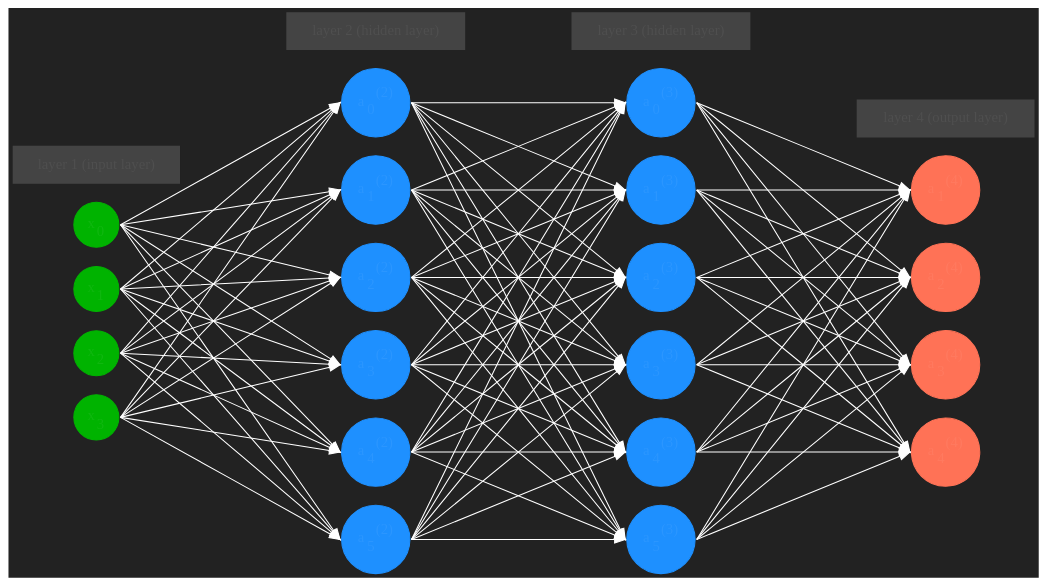
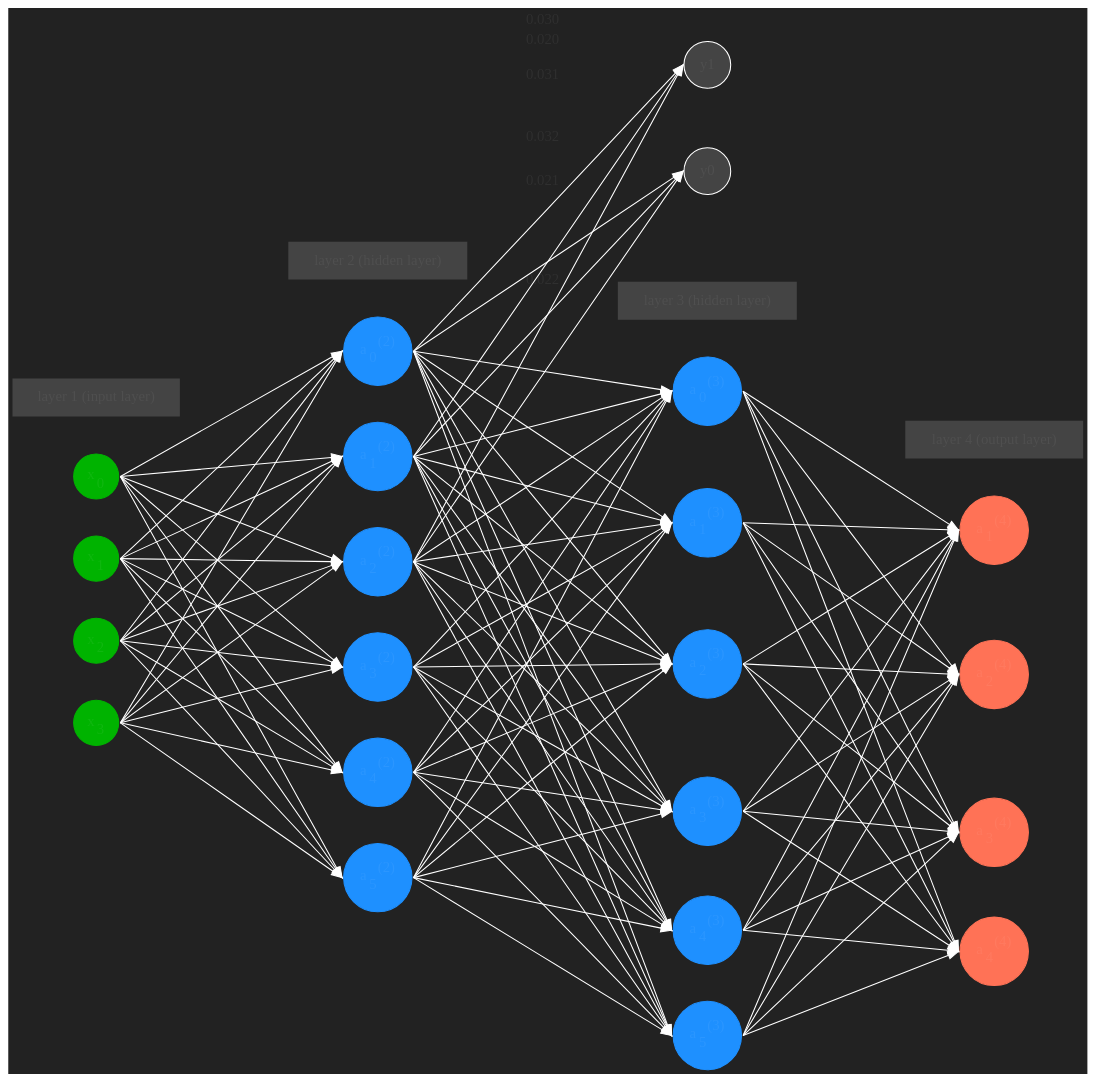
Before and after one commit to fjz345/zaoai: the diagram in test.dot, drawn with Graphviz. The commit also changed 4 other files, not shown here.

Commit message:
Using format!() for graphviz

```diff
--- a/test.dot
+++ b/test.dot
@@ -1,77 +1,86 @@
 digraph NNGraph {
     bgcolor="#222222"
     node [style=filled, fillcolor="#444444", fontcolor="#FFFFFFF", color = "#FFFFFF", shape="circle"]
     edge [fontcolor="#FFFFFFF", color = "#FFFFFF"]
     graph [fontcolor="#FFFFFFF", color = "#FFFFFF"]
 
     rankdir = LR;
     splines=false;
     edge[style=invis];
     ranksep= 1.4;
     {
         node [shape=circle, color="#ffcc00", style=filled, fillcolor="#ffcc00"];
     }
     {
         node [shape=circle, color="#00b300", style=filled, fillcolor="#00b300"];
         x0 [label=<x<sub>0</sub>>];
         x1 [label=<x<sub>1</sub>>];
         x2 [label=<x<sub>2</sub>>]; 
         x3 [label=<x<sub>3</sub>>];
     }
     {
         node [shape=circle, color=dodgerblue, style=filled, fillcolor=dodgerblue];
         a02 [label=<a<sub>0</sub><sup>(2)</sup>>];
         a12 [label=<a<sub>1</sub><sup>(2)</sup>>];
         a22 [label=<a<sub>2</sub><sup>(2)</sup>>];
         a32 [label=<a<sub>3</sub><sup>(2)</sup>>];
         a42 [label=<a<sub>4</sub><sup>(2)</sup>>];
         a52 [label=<a<sub>5</sub><sup>(2)</sup>>];
 
         a03 [label=<a<sub>0</sub><sup>(3)</sup>>];
         a13 [label=<a<sub>1</sub><sup>(3)</sup>>];
         a23 [label=<a<sub>2</sub><sup>(3)</sup>>];
         a33 [label=<a<sub>3</sub><sup>(3)</sup>>];
         a43 [label=<a<sub>4</sub><sup>(3)</sup>>];
         a53 [label=<a<sub>5</sub><sup>(3)</sup>>];
     }
     {
         node [shape=circle, color=coral1, style=filled, fillcolor=coral1];
         O1 [label=<a<sub>1</sub><sup>(4)</sup>>];
         O2 [label=<a<sub>2</sub><sup>(4)</sup>>]; 
         O3 [label=<a<sub>3</sub><sup>(4)</sup>>]; 
         O4 [label=<a<sub>4</sub><sup>(4)</sup>>];
     }
     {
         rank=same;
         x0->x1->x2->x3;
     }
     {
         rank=same;
         a02->a12->a22->a32->a42->a52;
     }
     {
         rank=same;
         a03->a13->a23->a33->a43->a53;
     }
     {
         rank=same;
         O1->O2->O3->O4;
     }
     a02->a03;  // prevent tilting
     l0 [shape=plaintext, label="layer 1 (input layer)"];
     l0->x0;
     {rank=same; l0;x0};
     l1 [shape=plaintext, label="layer 2 (hidden layer)"];
     l1->a02;
     {rank=same; l1;a02};
     l2 [shape=plaintext, label="layer 3 (hidden layer)"];
     l2->a03;
     {rank=same; l2;a03};
     l3 [shape=plaintext, label="layer 4 (output layer)"];
     l3->O1;
     {rank=same; l3;O1};
     edge[style=solid, tailport=e, headport=w];
     {x0; x1; x2; x3} -> {a02;a12;a22;a32;a42;a52};
     {a02;a12;a22;a32;a42;a52} -> {a03;a13;a23;a33;a43;a53};
     {a03;a13;a23;a33;a43;a53} -> {O1,O2,O3,O4};
+
+
+    a02->y0[label="0.020"];
+    a12->y0[label="0.021"];
+    a22->y0[label="0.022"];
+
+    a02->y1[label="0.030"];
+    a12->y1[label="0.031"];
+    a22->y1[label="0.032"];
 }
```
